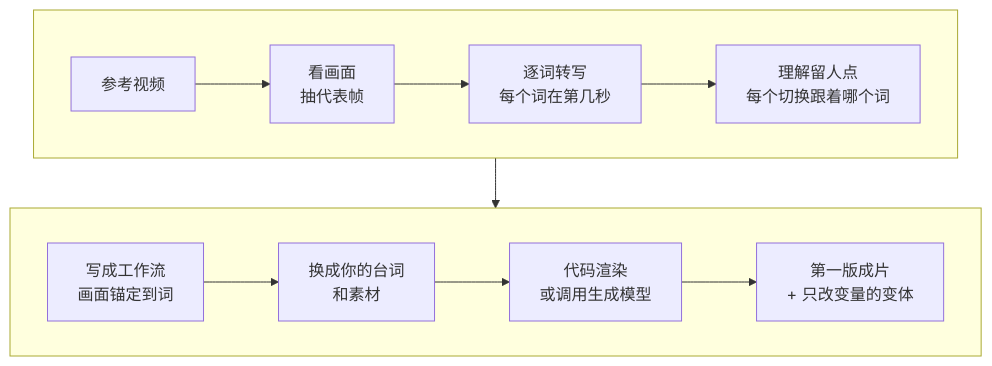
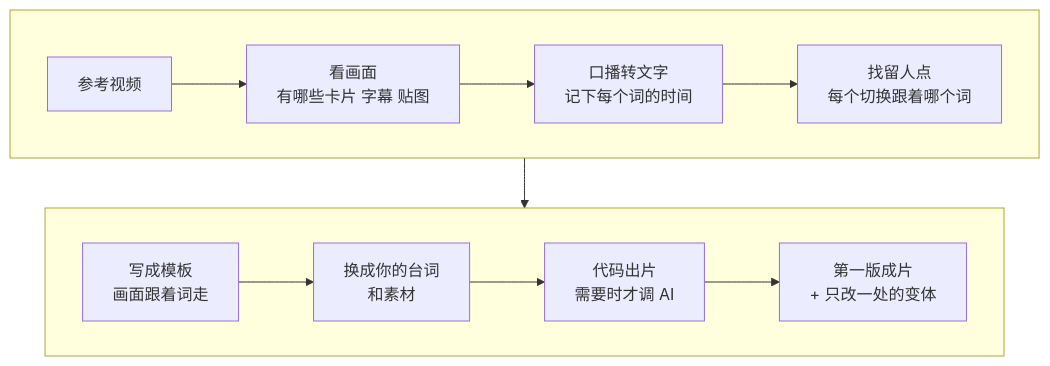
Before and after one commit to JuneYaooo/media-teach: the diagram in 自媒体教程/课程/4-2-用Hypit把爆款变成模板.md, drawn with Mermaid. The commit also changed other lines of this file and 46 other files, not shown here.

````diff
--- a/自媒体教程/课程/4-2-用Hypit把爆款变成模板.md
+++ b/自媒体教程/课程/4-2-用Hypit把爆款变成模板.md
@@ -17,12 +19,12 @@
 ```mermaid
 flowchart TB
   subgraph R1[" "]
     direction LR
-    A[参考视频] --> B[看画面<br>抽代表帧] --> C[逐词转写<br>每个词在第几秒] --> D[理解留人点<br>每个切换跟着哪个词]
+    A[参考视频] --> B[看画面<br>有哪些卡片 字幕 贴图] --> C[口播转文字<br>记下每个词的时间] --> D[找留人点<br>每个切换跟着哪个词]
   end
   subgraph R2[" "]
     direction LR
-    E[写成工作流<br>画面锚定到词] --> F[换成你的台词<br>和素材] --> G[代码渲染<br>或调用生成模型] --> H[第一版成片<br>+ 只改变量的变体]
+    E[写成模板<br>画面跟着词走] --> F[换成你的台词<br>和素材] --> G[代码出片<br>需要时才调 AI] --> H[第一版成片<br>+ 只改一处的变体]
   end
   R1 --> R2
 ```
````
